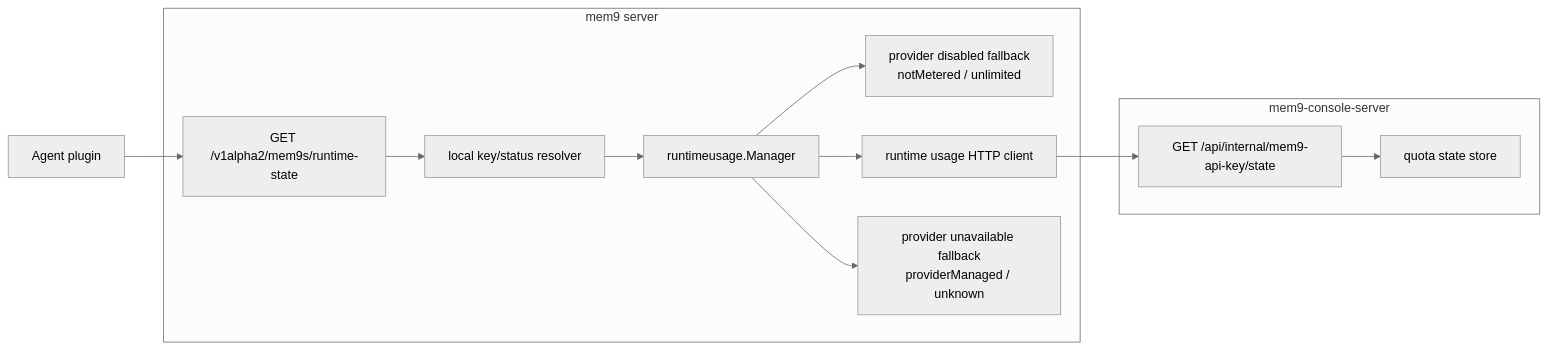
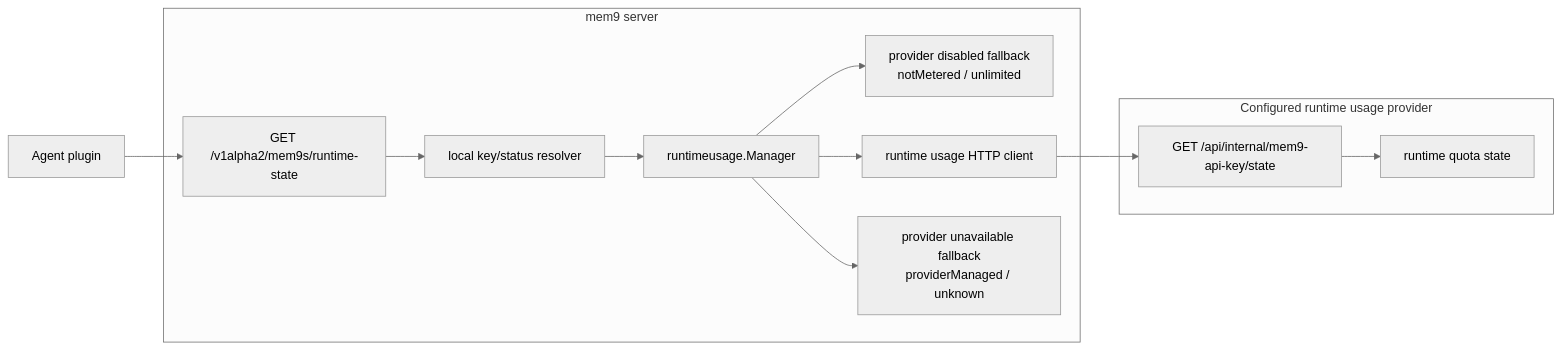
One commit to mem9-ai/mem9 changed the diagram in docs/design/runtime-state-api.md. Above: the diagram before and after it, drawn with Mermaid (neutral theme). The commit also changed other lines of this file, not shown here.

Commit message:
docs: generalize runtime state provider wording
Context: address PR review feedback that the public runtime-state design doc referenced private provider implementation names.

Rationale: describe the configured runtime usage provider API so plugins and self-hosted users can understand the public behavior through the public contract.

````diff
--- a/docs/design/runtime-state-api.md
+++ b/docs/design/runtime-state-api.md
@@ -23,17 +23,17 @@
 ```mermaid
 flowchart LR
   Plugin["Agent plugin"] --> PublicAPI["GET /v1alpha2/mem9s/runtime-state"]
 
   subgraph Mem9["mem9 server"]
     PublicAPI --> KeyStatus["local key/status resolver"]
     KeyStatus --> Manager["runtimeusage.Manager"]
     Manager --> DisabledFallback["provider disabled fallback<br/>notMetered / unlimited"]
     Manager --> ProviderClient["runtime usage HTTP client"]
     Manager --> UnknownFallback["provider unavailable fallback<br/>providerManaged / unknown"]
   end
 
-  subgraph Console["mem9-console-server"]
+  subgraph Provider["Configured runtime usage provider"]
     ProviderClient --> ProviderState["GET /api/internal/mem9-api-key/state"]
-    ProviderState --> QuotaStore["quota state store"]
+    ProviderState --> QuotaStore["runtime quota state"]
   end
 ```
````
